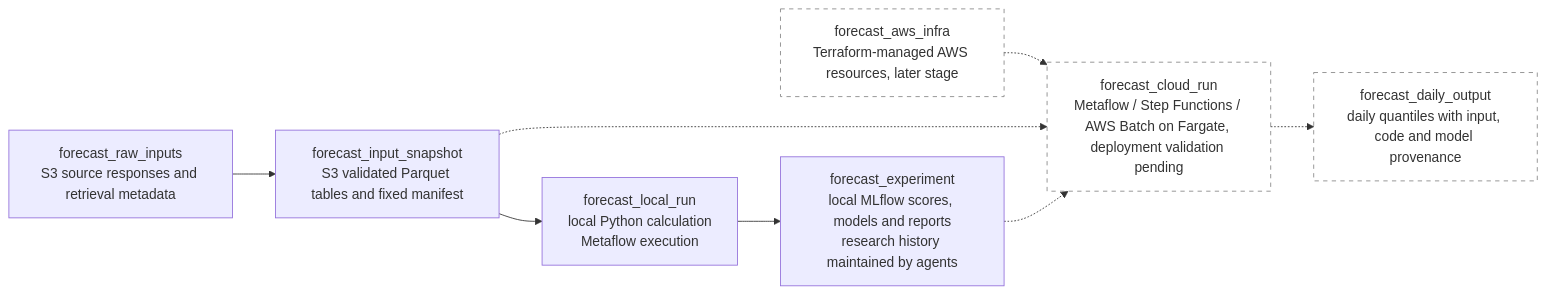
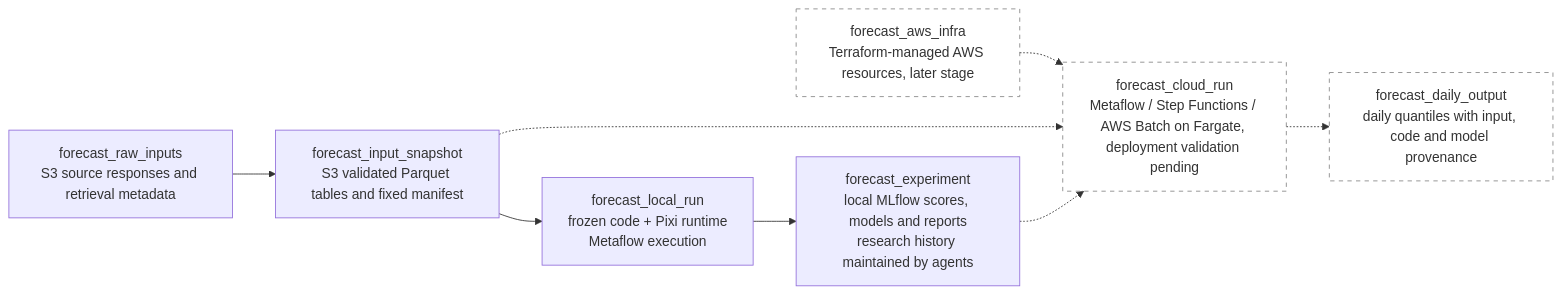
The diagram in wiki/price-forecasting.md (zoltanmaric/coppersushi), drawn with Mermaid before and after one commit. The commit also changed 6 other files, not shown here.

Commit message:
Execute and reproduce forecasts in frozen Pixi runtimes

````diff
--- a/wiki/price-forecasting.md
+++ b/wiki/price-forecasting.md
@@ -17,22 +17,22 @@
 ```mermaid
 flowchart LR
     classDef planned stroke-dasharray: 5 5,stroke:#888,fill:none
 
     forecast_raw_inputs["forecast_raw_inputs<br/>S3 source responses and retrieval metadata"]
     forecast_input_snapshot["forecast_input_snapshot<br/>S3 validated Parquet tables and fixed manifest"]
-    forecast_local_run["forecast_local_run<br/>local Python calculation<br/>Metaflow execution"]
+    forecast_local_run["forecast_local_run<br/>frozen code + Pixi runtime<br/>Metaflow execution"]
     forecast_experiment["forecast_experiment<br/>local MLflow scores, models and reports<br/>research history maintained by agents"]
 
     forecast_raw_inputs --> forecast_input_snapshot
     forecast_input_snapshot --> forecast_local_run
     forecast_local_run --> forecast_experiment
 
     forecast_aws_infra["forecast_aws_infra<br/>Terraform-managed AWS resources, later stage"]:::planned
     forecast_cloud_run["forecast_cloud_run<br/>Metaflow / Step Functions / AWS Batch on Fargate, deployment validation pending"]:::planned
     forecast_daily_output["forecast_daily_output<br/>daily quantiles with input, code and model provenance"]:::planned
 
     forecast_aws_infra -.-> forecast_cloud_run
     forecast_input_snapshot -.-> forecast_cloud_run
     forecast_experiment -.-> forecast_cloud_run
     forecast_cloud_run -.-> forecast_daily_output
 ```
````
